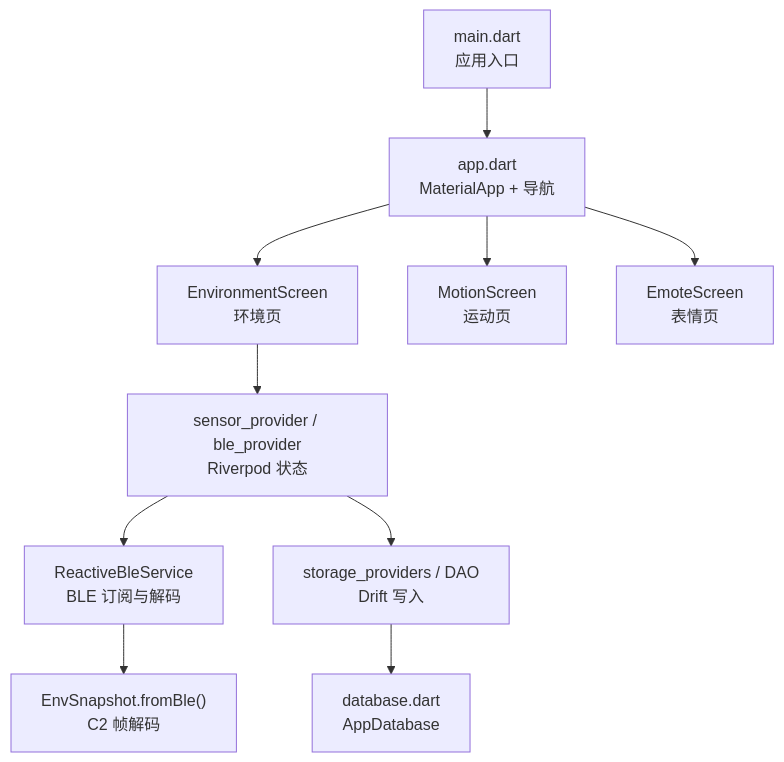
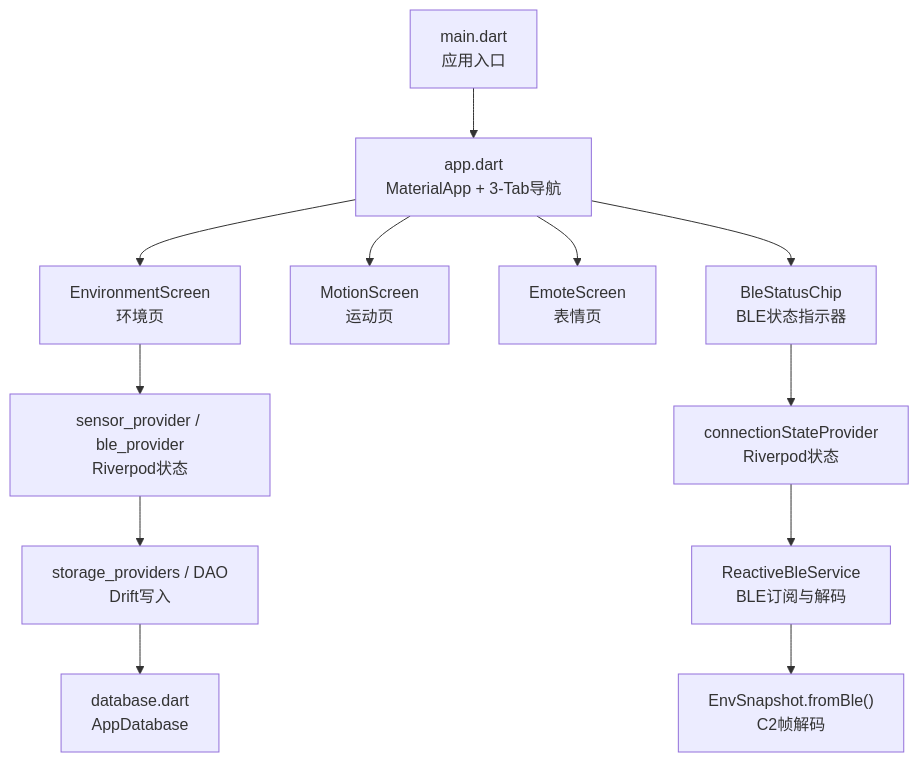
One commit to hennychen/PathFinder_LCD changed the first of 9 diagrams in .qoder/repowiki/zh/content/项目概述/Flutter仪表板应用.md. Above: the diagram before and after it, drawn with Mermaid. The commit also changed other lines of this file and 5 other files, not shown here.

````diff
--- a/.qoder/repowiki/zh/content/项目概述/Flutter仪表板应用.md
+++ b/.qoder/repowiki/zh/content/项目概述/Flutter仪表板应用.md
@@ -38,12 +58,14 @@
 ```mermaid
 graph TB
-A["main.dart<br/>应用入口"] --> B["app.dart<br/>MaterialApp + 导航"]
+A["main.dart<br/>应用入口"] --> B["app.dart<br/>MaterialApp + 3-Tab导航"]
 B --> C["EnvironmentScreen<br/>环境页"]
 B --> D["MotionScreen<br/>运动页"]
 B --> E["EmoteScreen<br/>表情页"]
-C --> F["sensor_provider / ble_provider<br/>Riverpod 状态"]
-F --> G["ReactiveBleService<br/>BLE 订阅与解码"]
-G --> H["EnvSnapshot.fromBle()<br/>C2 帧解码"]
-F --> I["storage_providers / DAO<br/>Drift 写入"]
-I --> J["database.dart<br/>AppDatabase"]
+B --> F["BleStatusChip<br/>BLE状态指示器"]
+F --> G["connectionStateProvider<br/>Riverpod状态"]
+G --> H["ReactiveBleService<br/>BLE订阅与解码"]
+H --> I["EnvSnapshot.fromBle()<br/>C2帧解码"]
+C --> J["sensor_provider / ble_provider<br/>Riverpod状态"]
+J --> K["storage_providers / DAO<br/>Drift写入"]
+K --> L["database.dart<br/>AppDatabase"]
 ```
````
